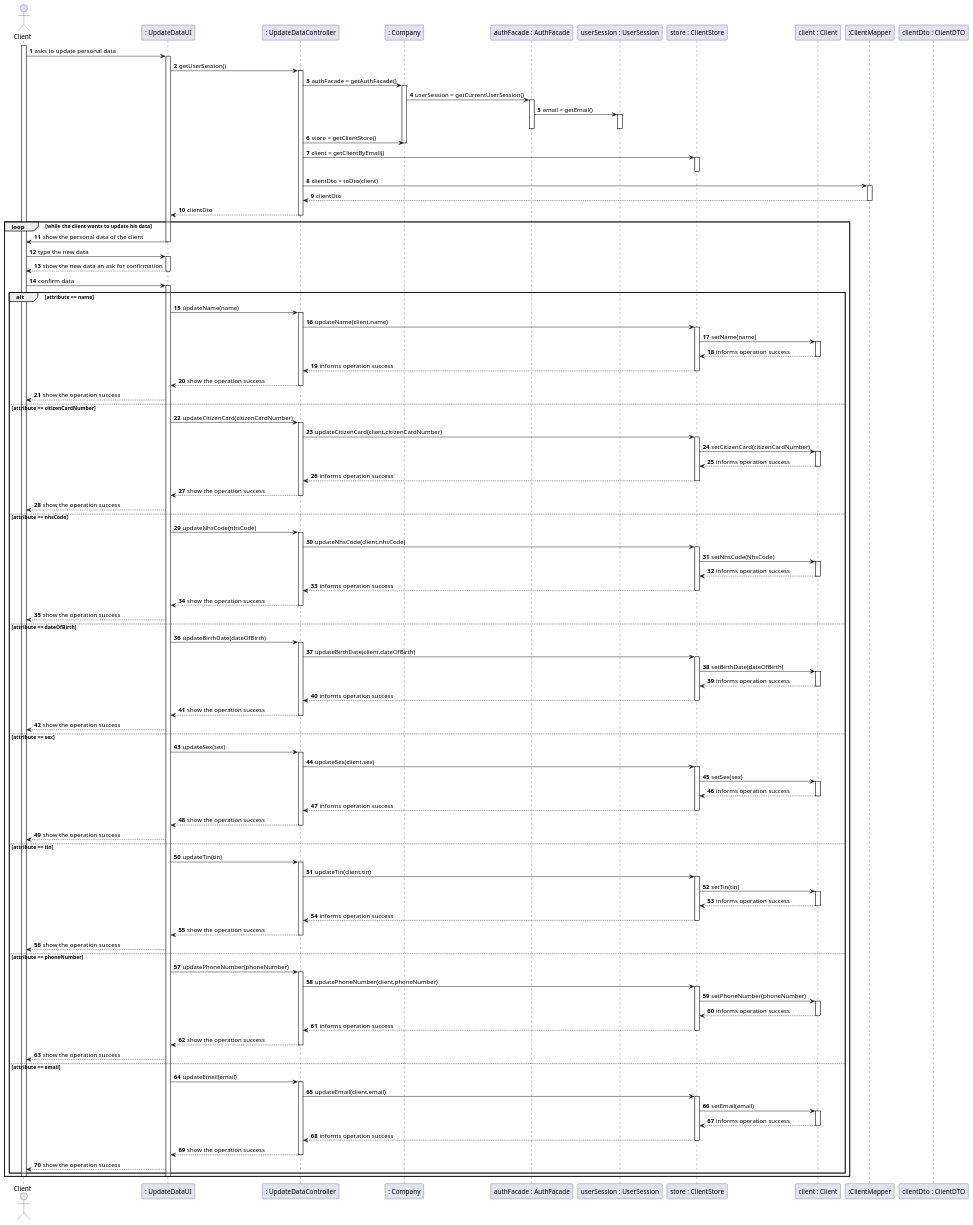
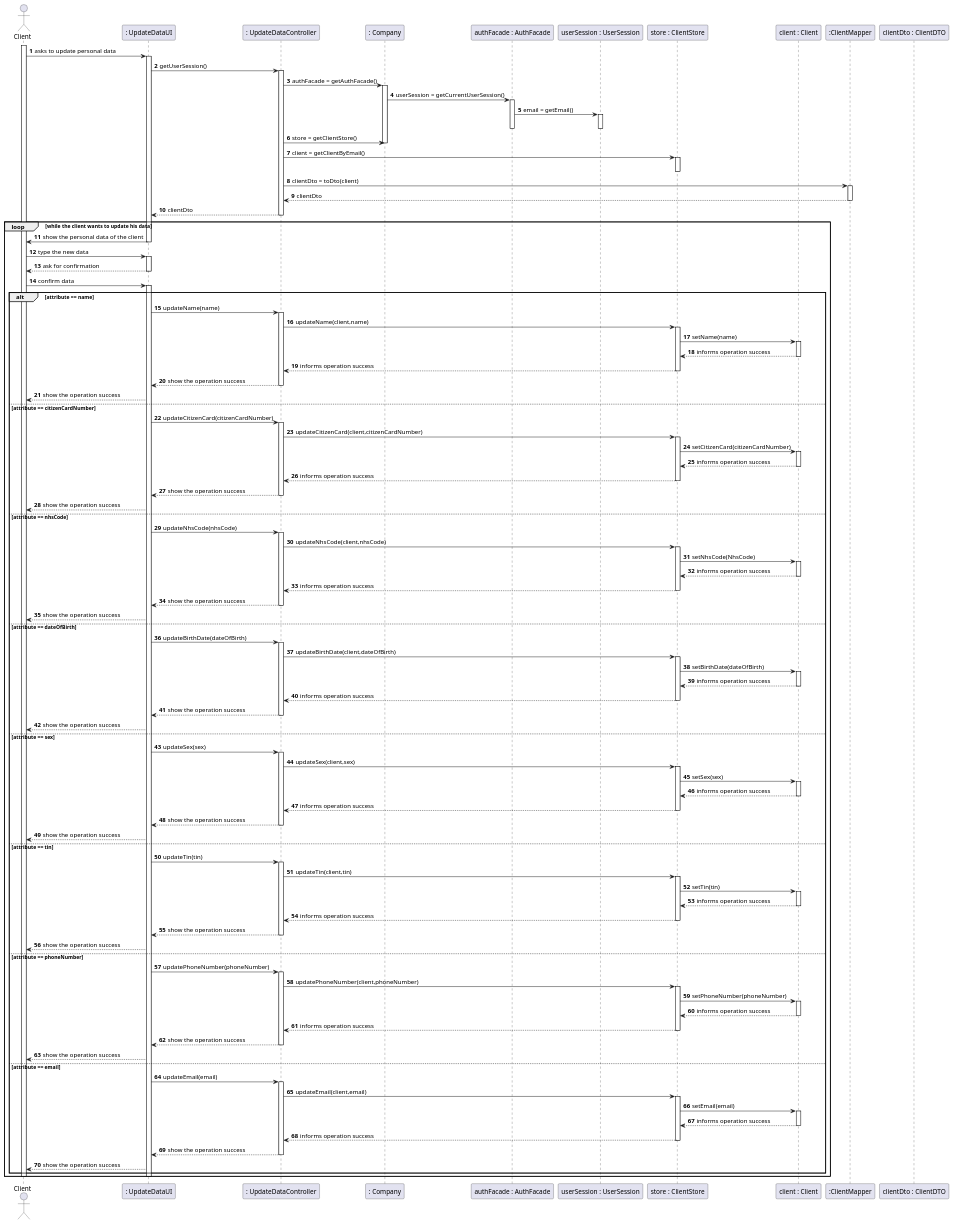
One commit to manu-07-ela/LAPR2_ISEP changed the diagram in docs/SprintD/US02/US02_SD.puml. Above: the diagram before and after it, drawn with PlantUML. The commit also changed 20 other files, not shown here.

```diff
--- a/docs/SprintD/US02/US02_SD.puml
+++ b/docs/SprintD/US02/US02_SD.puml
@@ -1,167 +1,167 @@
 @startuml
 'https://plantuml.com/sequence-diagram
 
 autonumber
 actor "Client" as CL
 
 participant ": UpdateDataUI" as UI
 participant ": UpdateDataController" as CTRL
 participant ": Company" as COMP
 participant "authFacade : AuthFacade" as AUTH
 participant "userSession : UserSession" as SESSION
 participant "store : ClientStore" as STORE
 participant "client : Client" as CLIENT
 participant ":ClientMapper" as MAPPER
 participant "clientDto : ClientDTO" as DTO
 activate CL
 CL -> UI : asks to update personal data
 activate UI
 UI -> CTRL : getUserSession()
 activate CTRL
 CTRL -> COMP : authFacade = getAuthFacade()
 activate COMP
 COMP->AUTH : userSession = getCurrentUserSession()
 activate AUTH
 AUTH-> SESSION : email = getEmail()
 activate SESSION
 deactivate SESSION
 deactivate AUTH
 CTRL->COMP : store = getClientStore()
 deactivate COMP
 CTRL->STORE : client = getClientByEmail()
 activate STORE
 deactivate STORE
 CTRL-> MAPPER : clientDto = toDto(client)
 activate MAPPER
 MAPPER-->CTRL : clientDto
 deactivate MAPPER
 CTRL-->UI : clientDto
 deactivate CTRL
 
 loop while the client wants to update his data
 UI -> CL : show the personal data of the client
 deactivate UI
 CL -> UI : type the new data
 activate UI
-UI -->CL : show the new data an ask for confirmation
+UI -->CL : ask for confirmation
 deactivate UI
 CL->UI: confirm data
 activate UI
 alt attribute == name
 UI-> CTRL : updateName(name)
 activate CTRL
 CTRL -> STORE : updateName(client,name)
 activate STORE
 STORE -> CLIENT : setName(name)
 activate CLIENT
 CLIENT --> STORE : informs operation success
 deactivate CLIENT
 STORE --> CTRL : informs operation success
 deactivate STORE
 CTRL --> UI : show the operation success
 deactivate CTRL
 UI-->CL : show the operation success
 else attribute == citizenCardNumber
 UI-> CTRL : updateCitizenCard(citizenCardNumber)
 activate CTRL
 CTRL -> STORE : updateCitizenCard(client,citizenCardNumber)
 activate STORE
 STORE -> CLIENT : setCitizenCard(citizenCardNumber)
 activate CLIENT
 CLIENT --> STORE : informs operation success
 deactivate CLIENT
 STORE --> CTRL : informs operation success
 deactivate STORE
 CTRL --> UI : show the operation success
 deactivate CTRL
 UI-->CL : show the operation success
 else attribute == nhsCode
 UI->CTRL : updateNhsCode(nhsCode)
 activate CTRL
 CTRL -> STORE : updateNhsCode(client,nhsCode)
 activate STORE
 STORE -> CLIENT : setNhsCode(NhsCode)
 activate CLIENT
 CLIENT --> STORE : informs operation success
 deactivate CLIENT
 STORE --> CTRL : informs operation success
 deactivate STORE
 CTRL --> UI : show the operation success
 deactivate CTRL
 UI-->CL : show the operation success
 else attribute == dateOfBirth
 UI-> CTRL : updateBirthDate(dateOfBirth)
 activate CTRL
 CTRL -> STORE : updateBirthDate(client,dateOfBirth)
 activate STORE
 STORE -> CLIENT : setBirthDate(dateOfBirth)
 activate CLIENT
 CLIENT --> STORE : informs operation success
 deactivate CLIENT
 STORE --> CTRL : informs operation success
 deactivate STORE
 CTRL --> UI : show the operation success
 deactivate CTRL
 UI-->CL : show the operation success
 else attribute == sex
 UI-> CTRL : updateSex(sex)
 activate CTRL
 CTRL -> STORE : updateSex(client,sex)
 activate STORE
 STORE -> CLIENT : setSex(sex)
 activate CLIENT
 CLIENT --> STORE : informs operation success
 deactivate CLIENT
 STORE --> CTRL : informs operation success
 deactivate STORE
 CTRL --> UI : show the operation success
 deactivate CTRL
 UI-->CL : show the operation success
 else attribute == tin
 UI-> CTRL : updateTin(tin)
 activate CTRL
 CTRL -> STORE : updateTin(client,tin)
 activate STORE
 STORE -> CLIENT : setTin(tin)
 activate CLIENT
 CLIENT --> STORE : informs operation success
 deactivate CLIENT
 STORE --> CTRL : informs operation success
 deactivate STORE
 CTRL --> UI : show the operation success
 deactivate CTRL
 UI-->CL : show the operation success
 else attribute == phoneNumber
 UI-> CTRL : updatePhoneNumber(phoneNumber)
 activate CTRL
 CTRL -> STORE : updatePhoneNumber(client,phoneNumber)
 activate STORE
 STORE -> CLIENT : setPhoneNumber(phoneNumber)
 activate CLIENT
 CLIENT --> STORE : informs operation success
 deactivate CLIENT
 STORE --> CTRL : informs operation success
 deactivate STORE
 CTRL --> UI : show the operation success
 deactivate CTRL
 UI-->CL : show the operation success
 else attribute == email
 UI-> CTRL : updateEmail(email)
 activate CTRL
 CTRL -> STORE : updateEmail(client,email)
 activate STORE
 STORE -> CLIENT : setEmail(email)
 activate CLIENT
 CLIENT --> STORE : informs operation success
 deactivate CLIENT
 STORE --> CTRL : informs operation success
 deactivate STORE
 CTRL --> UI : show the operation success
 deactivate CTRL
 UI-->CL : show the operation success
 end alt
 deactivate UI
 deactivate CL
 end
 
 @enduml
```
